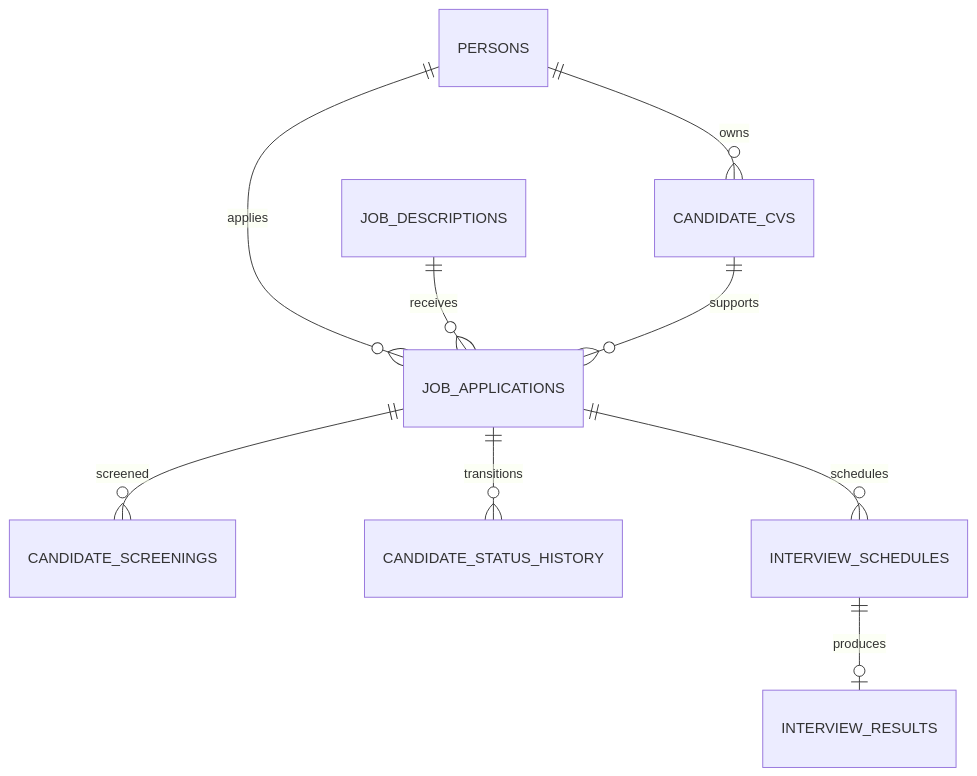
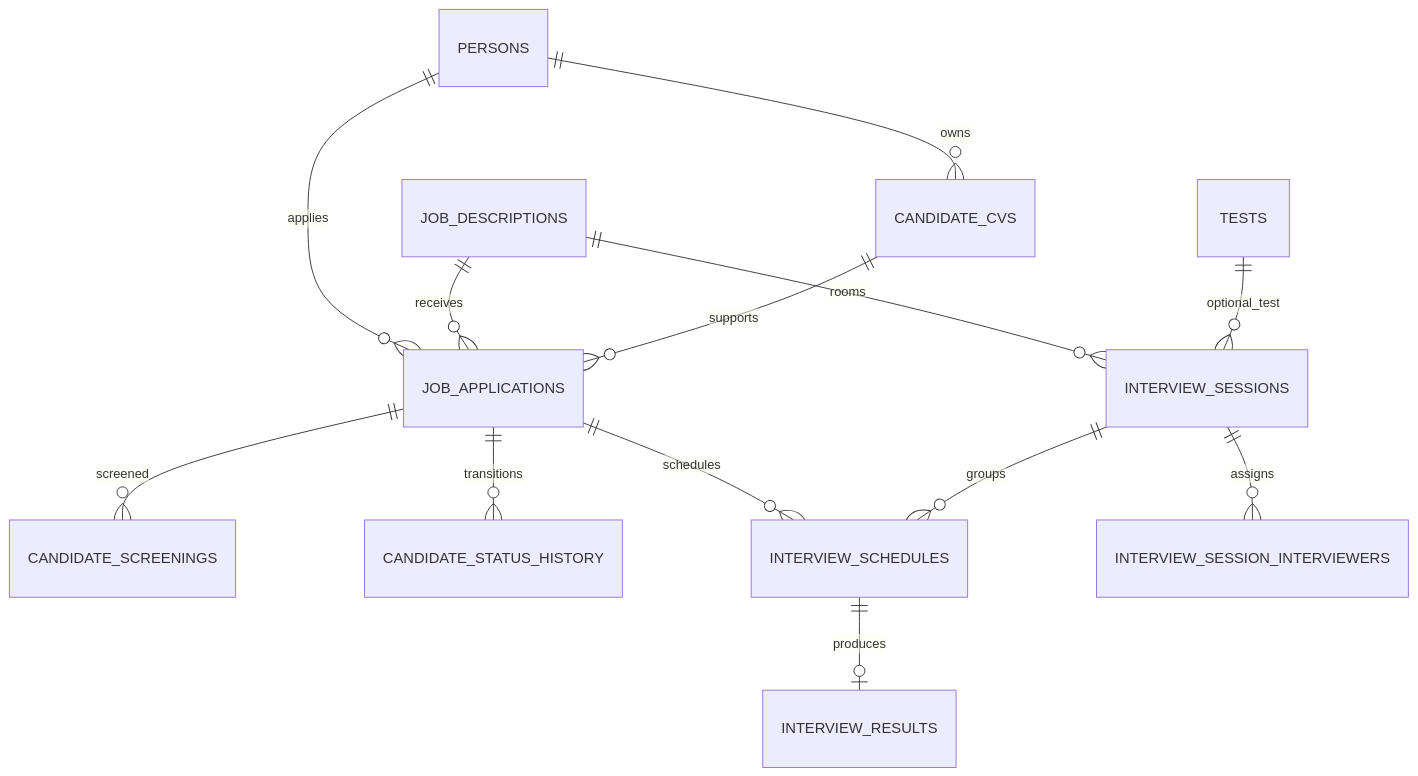
Before and after one commit to DatTran26/ITBA_PRO: the diagram in docs/_reverse/recruitment-and-interviews/erd.md, drawn with Mermaid. The commit also changed other lines of this file and 15 other files, not shown here.

First line of the commit message:
docs(schema): align inventory with live supabase

````diff
--- a/docs/_reverse/recruitment-and-interviews/erd.md
+++ b/docs/_reverse/recruitment-and-interviews/erd.md
@@ -3,11 +3,15 @@
 ```mermaid
 erDiagram
     PERSONS ||--o{ JOB_APPLICATIONS : applies
     JOB_DESCRIPTIONS ||--o{ JOB_APPLICATIONS : receives
     PERSONS ||--o{ CANDIDATE_CVS : owns
     CANDIDATE_CVS ||--o{ JOB_APPLICATIONS : supports
     JOB_APPLICATIONS ||--o{ CANDIDATE_SCREENINGS : screened
     JOB_APPLICATIONS ||--o{ CANDIDATE_STATUS_HISTORY : transitions
     JOB_APPLICATIONS ||--o{ INTERVIEW_SCHEDULES : schedules
     INTERVIEW_SCHEDULES ||--o| INTERVIEW_RESULTS : produces
+    JOB_DESCRIPTIONS ||--o{ INTERVIEW_SESSIONS : rooms
+    INTERVIEW_SESSIONS ||--o{ INTERVIEW_SESSION_INTERVIEWERS : assigns
+    INTERVIEW_SESSIONS ||--o{ INTERVIEW_SCHEDULES : groups
+    TESTS ||--o{ INTERVIEW_SESSIONS : optional_test
 ```
````
